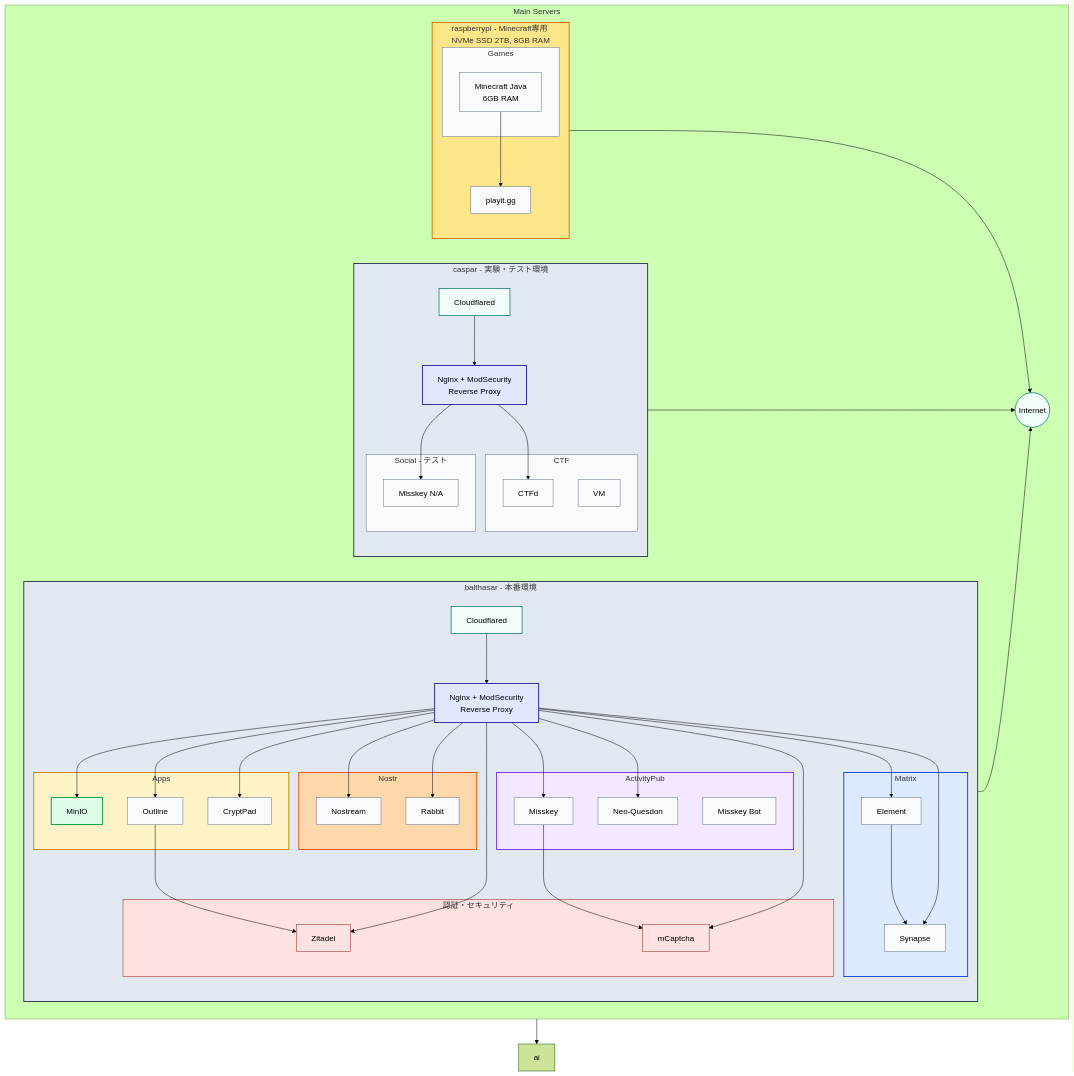
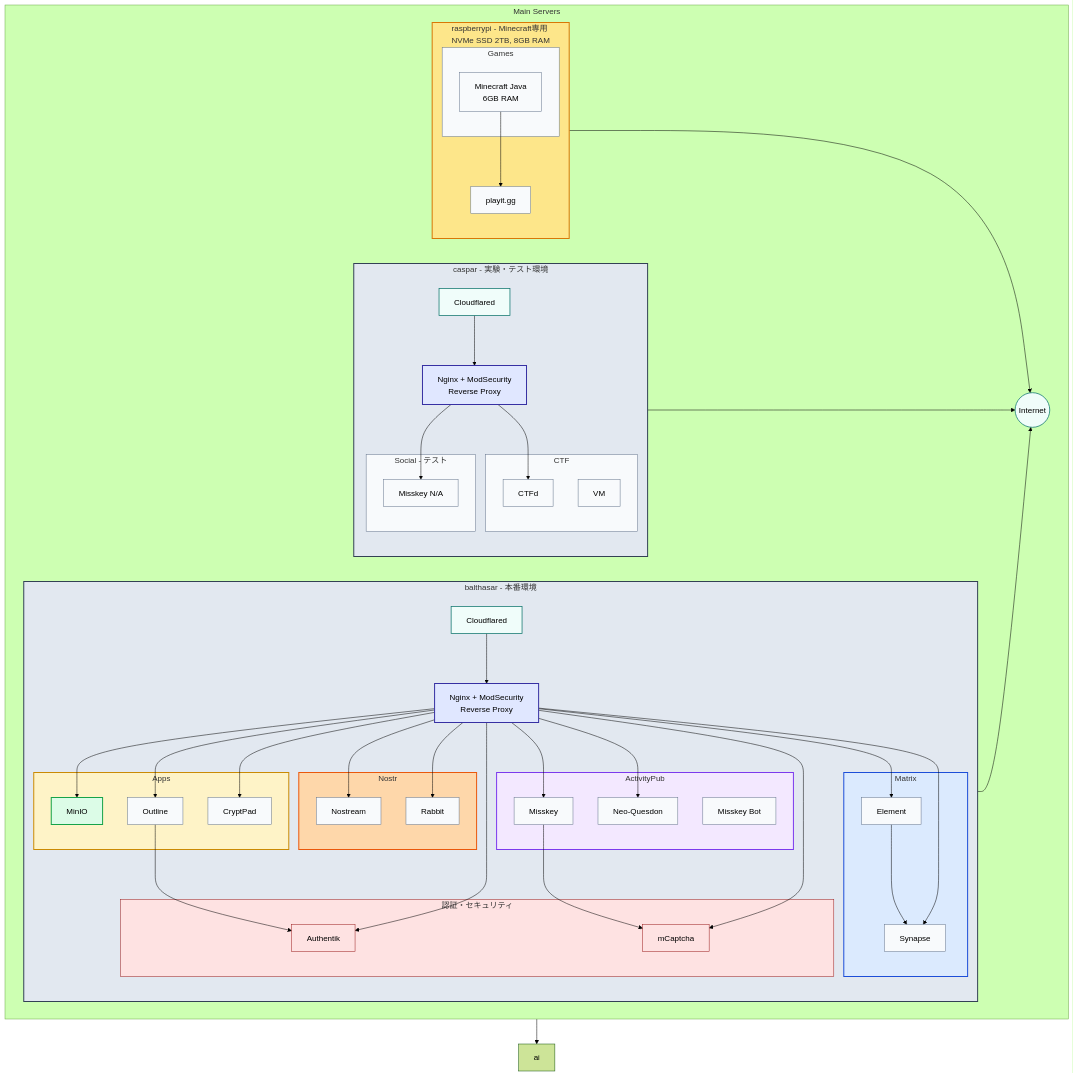
Before and after one commit to yamisskey-dev/yamisskey-host: the first of 7 diagrams in README.md, drawn with Mermaid (forest theme).

Commit message:
docs: ZitadelをAuthentikに変更
🤖 Generated with Claude Code

```diff
--- a/README.md
+++ b/README.md
@@ -50,7 +50,7 @@
             end
 
             subgraph auth_services[認証・セキュリティ]
-                zitadel[Zitadel]:::security
+                authentik[Authentik]:::security
                 mcaptcha[mCaptcha]:::security
             end
         end
@@ -86,7 +86,7 @@
     nginx_b --> minio
 
     %% Local authentication connections (within balthasar)
-    outline --> zitadel
+    outline --> authentik
     yamisskey --> mcaptcha
     
     %% Other core connections
@@ -107,7 +107,7 @@
     nginx_b --> synapse
     nginx_b --> outline
     nginx_b --> cryptpad
-    nginx_b --> zitadel
+    nginx_b --> authentik
     nginx_b --> mcaptcha
     
     %% Nginx to services - caspar
```
